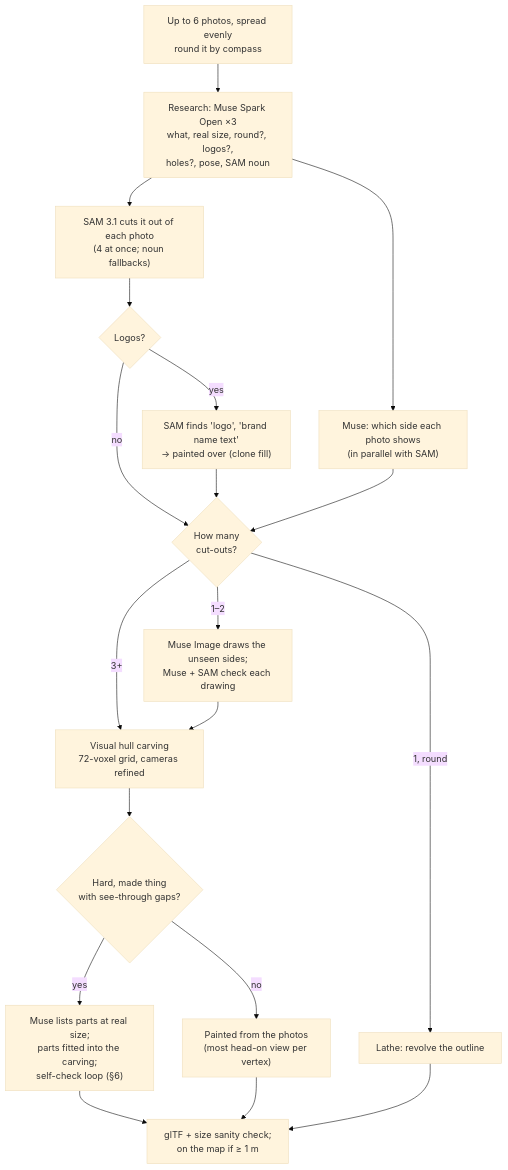
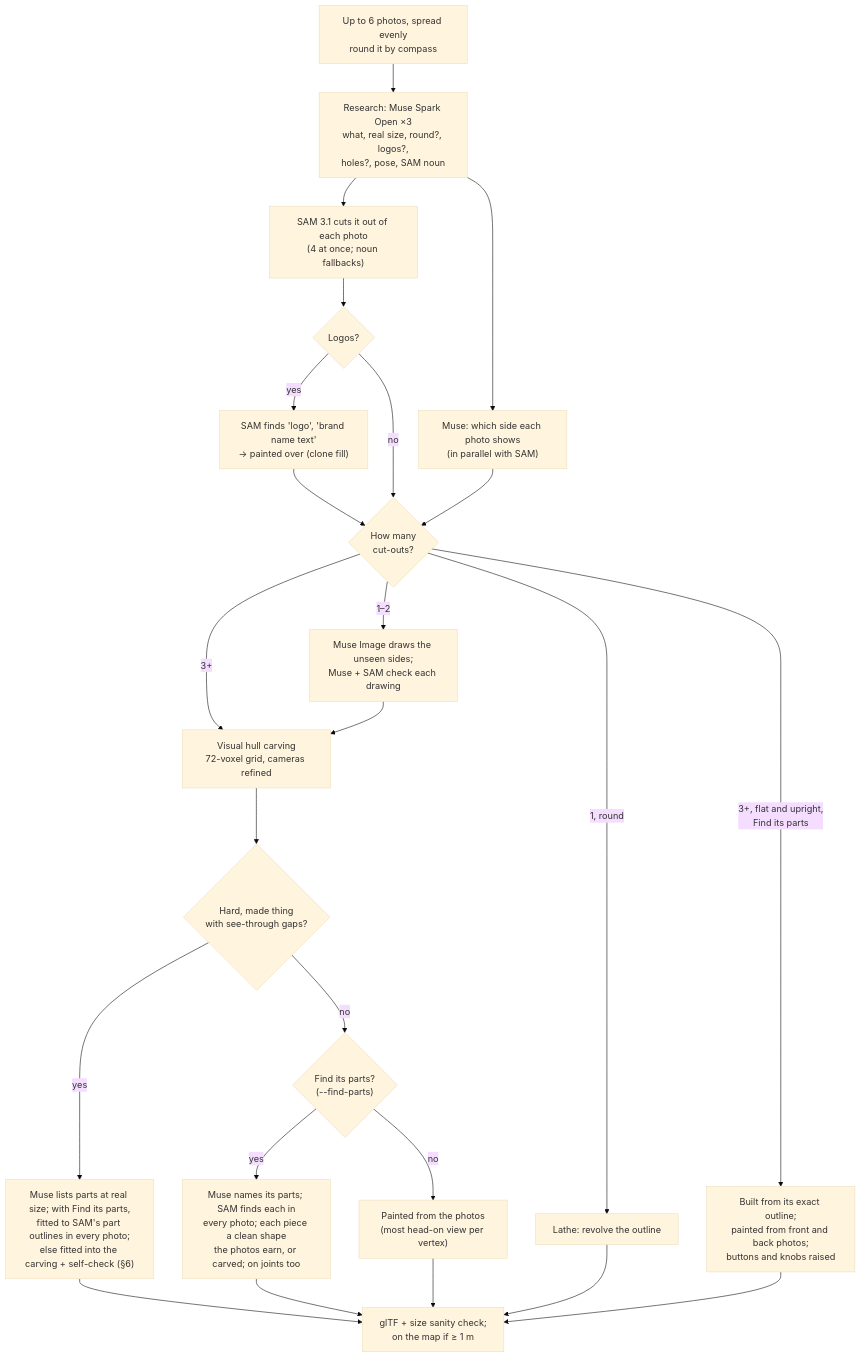
Before and after one commit to inlighten420/placelens: the third of 3 diagrams in docs/ARCHITECTURE.md, drawn with Mermaid (base theme). The commit also changed other lines of this file and 30 other files, not shown here.

Commit message:
Find its parts: clean shapes, fitted designs and flat builds from SAM 3.1 part outlines; new examples

````diff
--- a/docs/ARCHITECTURE.md
+++ b/docs/ARCHITECTURE.md
@@ -234,19 +234,22 @@
 ```mermaid
 flowchart TD
     A["Up to 6 photos, spread evenly<br/>round it by compass"] --> R["Research: Muse Spark Open ×3<br/>what, real size, round?, logos?,<br/>holes?, pose, SAM noun"]
     R --> S["SAM 3.1 cuts it out of each photo<br/>(4 at once; noun fallbacks)"]
     R --> SD["Muse: which side each photo shows<br/>(in parallel with SAM)"]
     S --> L{"Logos?"}
     L -- yes --> LG["SAM finds 'logo', 'brand name text'<br/>→ painted over (clone fill)"]
     L -- no --> K
     LG --> K{"How many<br/>cut-outs?"}
     SD --> K
     K -- "3+" --> C["Visual hull carving<br/>72-voxel grid, cameras refined"]
     K -- "1–2" --> I["Muse Image draws the unseen sides;<br/>Muse + SAM check each drawing"]
     K -- "1, round" --> T["Lathe: revolve the outline"]
     I --> C
+    K -- "3+, flat and upright,<br/>Find its parts" --> FL["Built from its exact outline;<br/>painted from front and back photos;<br/>buttons and knobs raised"]
     C --> F{"Hard, made thing<br/>with see-through gaps?"}
-    F -- yes --> FP["Muse lists parts at real size;<br/>parts fitted into the carving;<br/>self-check loop (§6)"]
-    F -- no --> P["Painted from the photos<br/>(most head-on view per vertex)"]
-    FP & P & T --> G["glTF + size sanity check;<br/>on the map if ≥ 1 m"]
+    F -- yes --> FP["Muse lists parts at real size; with Find its parts,<br/>fitted to SAM's part outlines in every photo;<br/>else fitted into the carving + self-check (§6)"]
+    F -- no --> SO{"Find its parts?<br/>(--find-parts)"}
+    SO -- yes --> SP["Muse names its parts; SAM finds each in<br/>every photo; each piece a clean shape<br/>the photos earn, or carved; on joints too"]
+    SO -- no --> P["Painted from the photos<br/>(most head-on view per vertex)"]
+    SP & FP & P & T & FL --> G["glTF + size sanity check;<br/>on the map if ≥ 1 m"]
 ```
````
